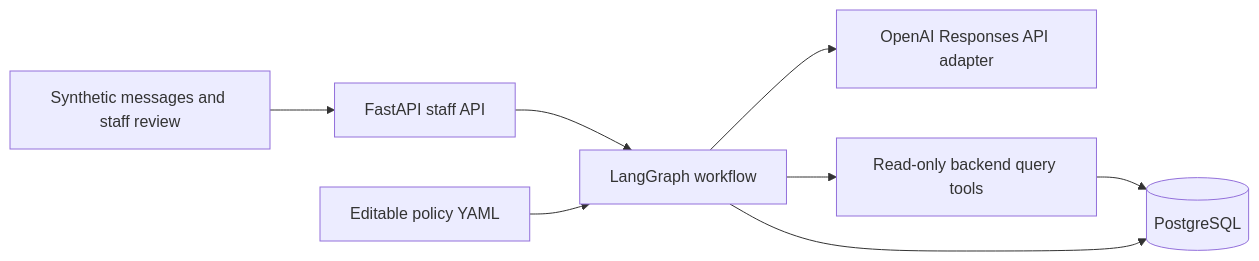
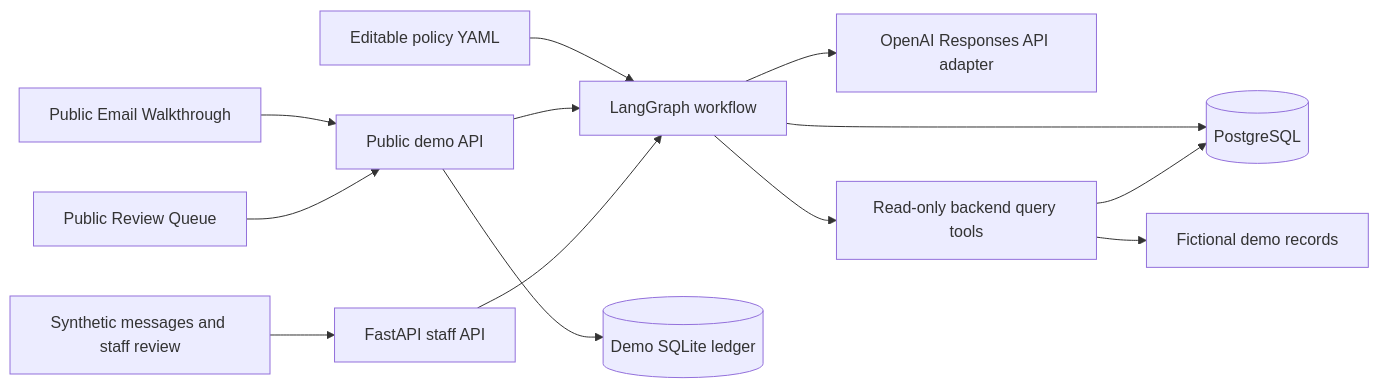
One commit to manjunjiangclara-cmyk/dance-studio-agent changed the diagram in docs/04-architecture.md. Above: the diagram before and after it, drawn with Mermaid. The commit also changed other lines of this file and 55 other files, not shown here.

Commit message:
Share LangGraph workflow with public demo

````diff
--- a/docs/04-architecture.md
+++ b/docs/04-architecture.md
@@ -7,10 +7,15 @@
 ```mermaid
 flowchart LR
     S[Synthetic messages and staff review] --> A[FastAPI staff API]
     A --> G[LangGraph workflow]
+    U[Public Review Queue] --> D[Public demo API]
+    W[Public Email Walkthrough] --> D
+    D --> G
+    D --> L[(Demo SQLite ledger)]
     G --> M[OpenAI Responses API adapter]
     G --> Q[Read-only backend query tools]
     Q --> DB[(PostgreSQL)]
+    Q --> F[Fictional demo records]
     G --> DB
     P[Editable policy YAML] --> G
 ```
````
